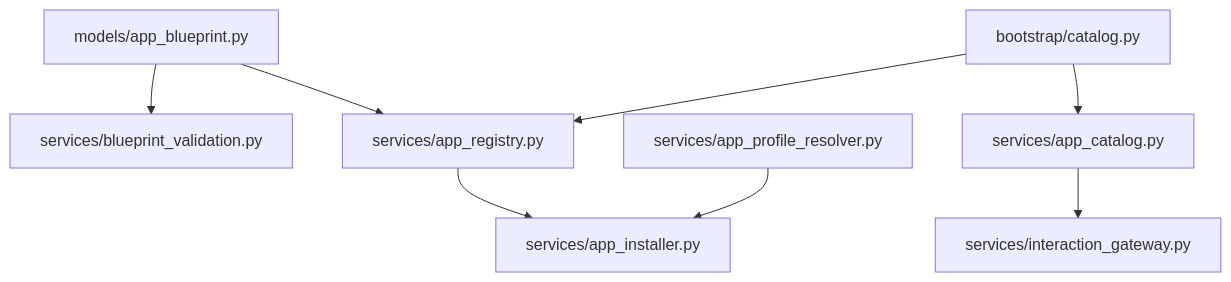
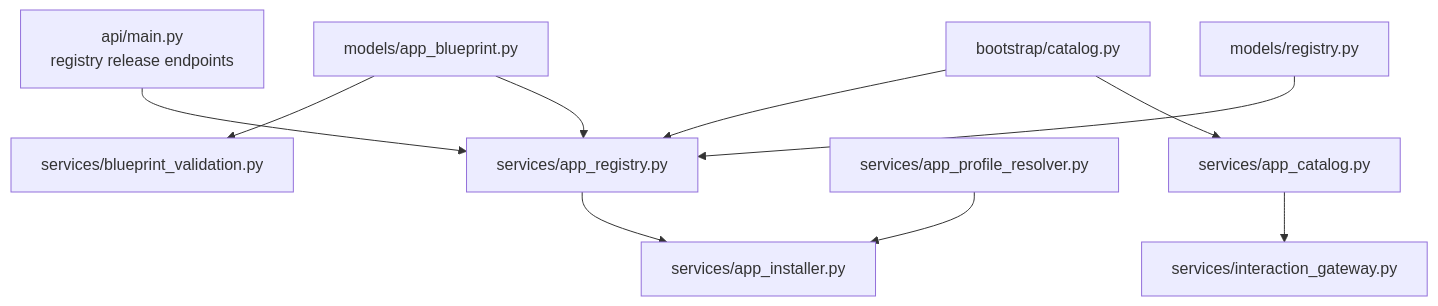
Before and after one commit to wangchienbo/AgentSystem: the third of 20 diagrams in docs/system-relationship-map.md, drawn with Mermaid. The commit also changed 8 other files, not shown here.

Commit message:
feat: add app release comparison

````diff
--- a/docs/system-relationship-map.md
+++ b/docs/system-relationship-map.md
@@ -98,10 +98,12 @@
 ```mermaid
 graph TD
     AB[models/app_blueprint.py] --> AR[services/app_registry.py]
     AB --> BV[services/blueprint_validation.py]
+    MREG[models/registry.py] --> AR[services/app_registry.py]
+    APIREG[api/main.py\nregistry release endpoints] --> AR
     AR --> AI[services/app_installer.py]
     APR[services/app_profile_resolver.py] --> AI
     ACAT[services/app_catalog.py] --> IG[services/interaction_gateway.py]
     BCAT[bootstrap/catalog.py] --> ACAT
     BCAT --> AR
 ```
````
